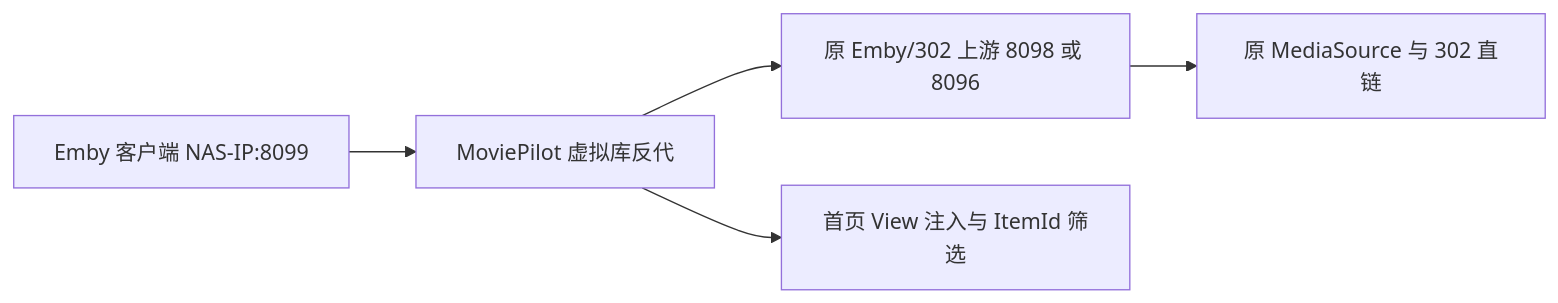
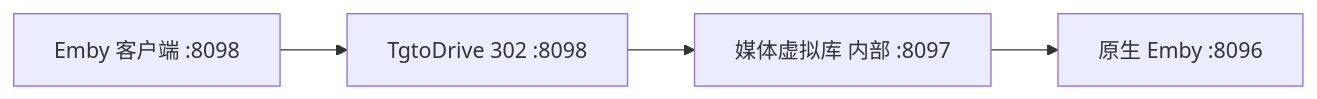
One commit to ZangBanzi/MoviePilot-Plugins-Boss changed the diagram in README.md. Above: the diagram before and after it, drawn with Mermaid. The commit also changed other lines of this file, not shown here.

````diff
--- a/README.md
+++ b/README.md
@@ -17,7 +17,6 @@
 ```mermaid
 flowchart LR
-    A["Emby 客户端 NAS-IP:8099"] --> B["MoviePilot 虚拟库反代"]
-    B --> C["原 Emby/302 上游 8098 或 8096"]
-    B --> D["首页 View 注入与 ItemId 筛选"]
-    C --> E["原 MediaSource 与 302 直链"]
+    A["Emby 客户端 :8098"] --> B["TgtoDrive 302 :8098"]
+    B --> C["媒体虚拟库 内部 :8097"]
+    C --> D["原生 Emby :8096"]
 ```
````
